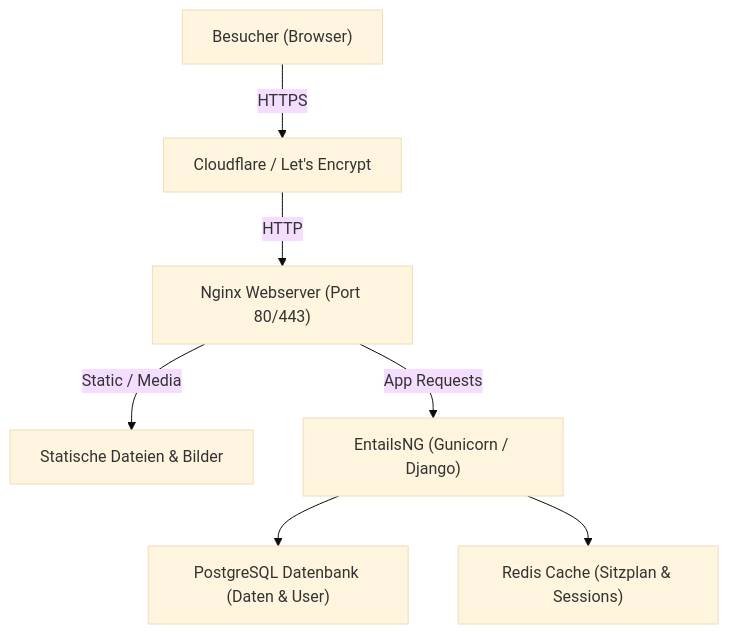
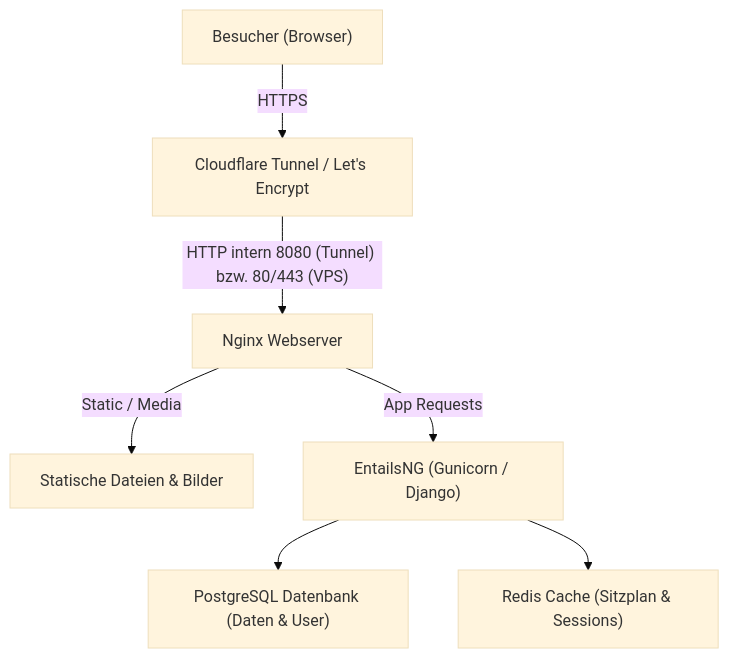
One commit to eschafellner/EntailsNG changed the diagram in INSTRUCTIONS.MD. Above: the diagram before and after it, drawn with Mermaid (base theme). The commit also changed other lines of this file, not shown here.

````diff
--- a/INSTRUCTIONS.MD
+++ b/INSTRUCTIONS.MD
@@ -31,9 +31,9 @@
 ```mermaid
 graph TD
-    User["Besucher (Browser)"] -->|HTTPS| Cloudflare["Cloudflare / Let's Encrypt"]
-    Cloudflare -->|HTTP| Nginx["Nginx Webserver (Port 80/443)"]
+    User["Besucher (Browser)"] -->|HTTPS| Cloudflare["Cloudflare Tunnel / Let's Encrypt"]
+    Cloudflare -->|"HTTP intern 8080 (Tunnel) bzw. 80/443 (VPS)"| Nginx["Nginx Webserver"]
     Nginx -->|Static / Media| StaticFiles["Statische Dateien & Bilder"]
     Nginx -->|App Requests| Django["EntailsNG (Gunicorn / Django)"]
     Django --> Postgres["PostgreSQL Datenbank (Daten & User)"]
     Django --> Redis["Redis Cache (Sitzplan & Sessions)"]
 ```
````
